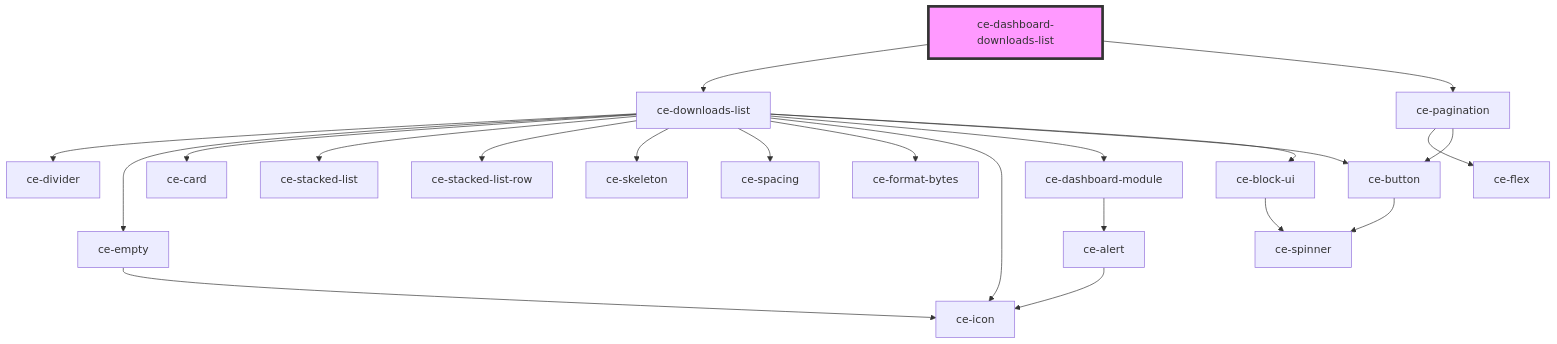
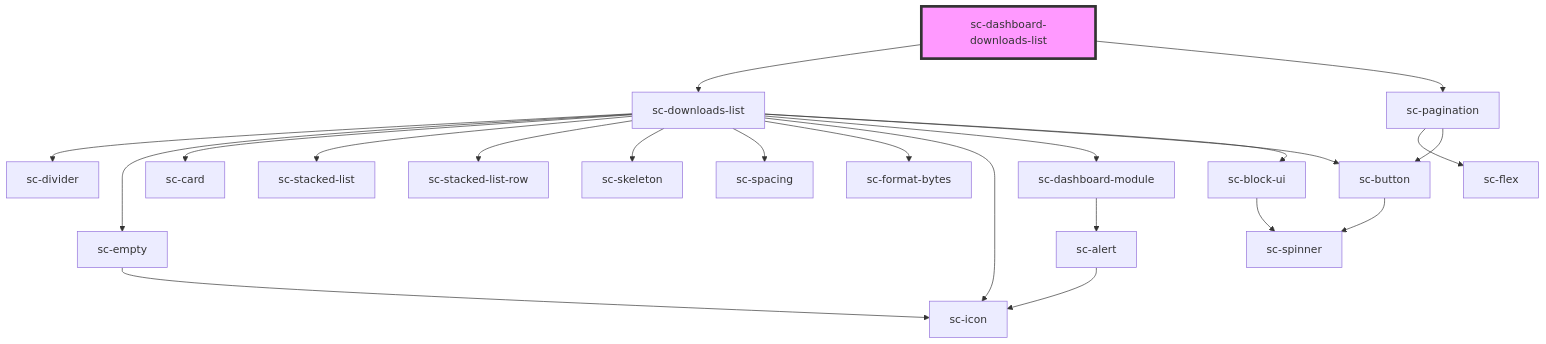
One commit to surecart/surecart-wp-plugin changed the diagram in packages/components/src/components/controllers/dashboard/dashboard-downloads-list/readme.md. Above: the diagram before and after it, drawn with Mermaid. The commit also changed other lines of this file and 1281 other files, not shown here.

````diff
--- a/packages/components/src/components/controllers/dashboard/dashboard-downloads-list/readme.md
+++ b/packages/components/src/components/controllers/dashboard/dashboard-downloads-list/readme.md
@@ -26,25 +26,25 @@
 ```mermaid
 graph TD;
-  ce-dashboard-downloads-list --> ce-downloads-list
-  ce-dashboard-downloads-list --> ce-pagination
-  ce-downloads-list --> ce-divider
-  ce-downloads-list --> ce-empty
-  ce-downloads-list --> ce-card
-  ce-downloads-list --> ce-stacked-list
-  ce-downloads-list --> ce-stacked-list-row
-  ce-downloads-list --> ce-skeleton
-  ce-downloads-list --> ce-spacing
-  ce-downloads-list --> ce-format-bytes
-  ce-downloads-list --> ce-icon
-  ce-downloads-list --> ce-dashboard-module
-  ce-downloads-list --> ce-button
-  ce-downloads-list --> ce-block-ui
-  ce-empty --> ce-icon
-  ce-dashboard-module --> ce-alert
-  ce-alert --> ce-icon
-  ce-button --> ce-spinner
-  ce-block-ui --> ce-spinner
-  ce-pagination --> ce-flex
-  ce-pagination --> ce-button
-  style ce-dashboard-downloads-list fill:#f9f,stroke:#333,stroke-width:4px
+  sc-dashboard-downloads-list --> sc-downloads-list
+  sc-dashboard-downloads-list --> sc-pagination
+  sc-downloads-list --> sc-divider
+  sc-downloads-list --> sc-empty
+  sc-downloads-list --> sc-card
+  sc-downloads-list --> sc-stacked-list
+  sc-downloads-list --> sc-stacked-list-row
+  sc-downloads-list --> sc-skeleton
+  sc-downloads-list --> sc-spacing
+  sc-downloads-list --> sc-format-bytes
+  sc-downloads-list --> sc-icon
+  sc-downloads-list --> sc-dashboard-module
+  sc-downloads-list --> sc-button
+  sc-downloads-list --> sc-block-ui
+  sc-empty --> sc-icon
+  sc-dashboard-module --> sc-alert
+  sc-alert --> sc-icon
+  sc-button --> sc-spinner
+  sc-block-ui --> sc-spinner
+  sc-pagination --> sc-flex
+  sc-pagination --> sc-button
+  style sc-dashboard-downloads-list fill:#f9f,stroke:#333,stroke-width:4px
 ```
````
